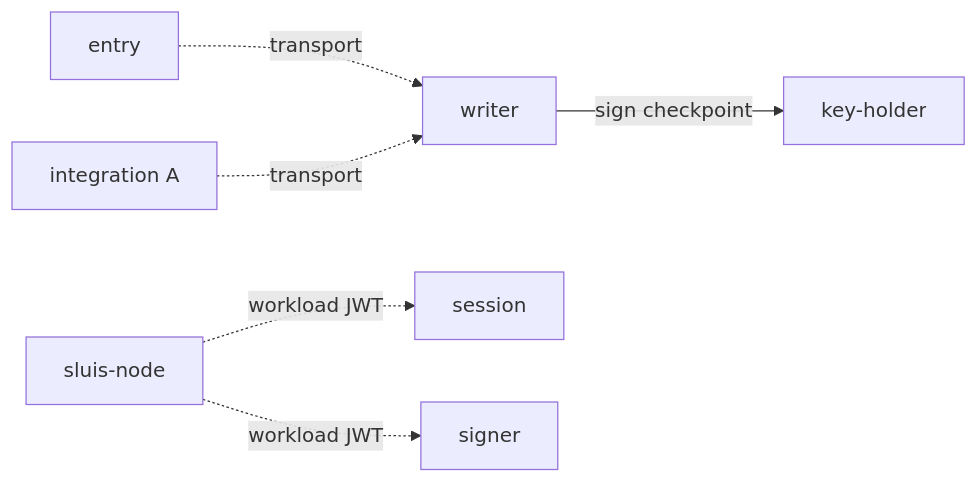
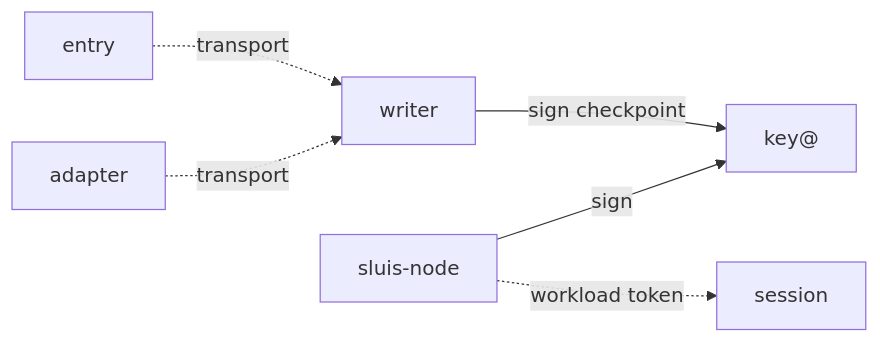
The ninth of 9 diagrams in docs/architecture/components.md (truvity/access-roster), drawn with Mermaid before and after one commit. The commit also changed other lines of this file and 11 other files, not shown here.

First line of the commit message:
docs: the architecture pages and the explorers (wave 2)

````diff
--- a/docs/architecture/components.md
+++ b/docs/architecture/components.md
@@ -329,8 +351,8 @@
 ```mermaid
 flowchart LR
   entry["entry"] -.->|"transport"| aw["writer"]
-  ia["integration A"] -.->|"transport"| aw
-  aw -->|"sign checkpoint"| kh["key-holder"]
-  agent["sluis-node"] -.->|"workload JWT"| sess["session"]
-  agent -.->|"workload JWT"| signer["signer"]
+  ia["adapter"] -.->|"transport"| aw
+  aw -->|"sign checkpoint"| key["key@"]
+  agent["sluis-node"] -.->|"workload token"| sess["session"]
+  agent -->|"sign"| key
 ```
````
